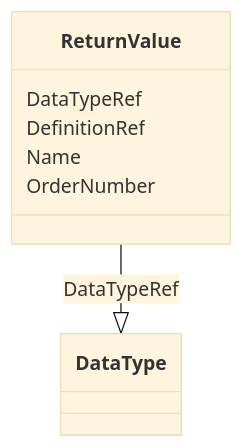
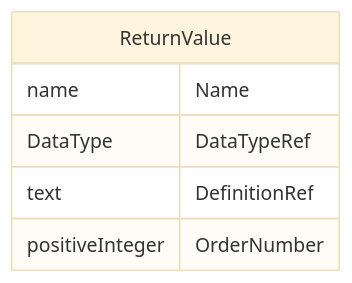
One commit to cdisc-org/DataExchange-ODM-LinkML changed the diagram in docs/ReturnValue.md. Above: the diagram before and after it, drawn with Mermaid (base theme). The commit also changed other lines of this file and 181 other files, not shown here.

Commit message:
ER diagrams working via templates and removing names with underscores

````diff
--- a/docs/ReturnValue.md
+++ b/docs/ReturnValue.md
@@ -14,15 +11,12 @@
 ```mermaid
- classDiagram
-    class ReturnValue
-      ReturnValue : DataTypeRef
-        
-          ReturnValue --|> DataType : DataTypeRef
-        
-      ReturnValue : DefinitionRef
-        
-      ReturnValue : Name
-        
-      ReturnValue : OrderNumber
-        
-      
+erDiagram
+ReturnValue {
+    name Name  
+    DataType DataTypeRef  
+    text DefinitionRef  
+    positiveInteger OrderNumber  
+}
+
+
+
 ```
````
